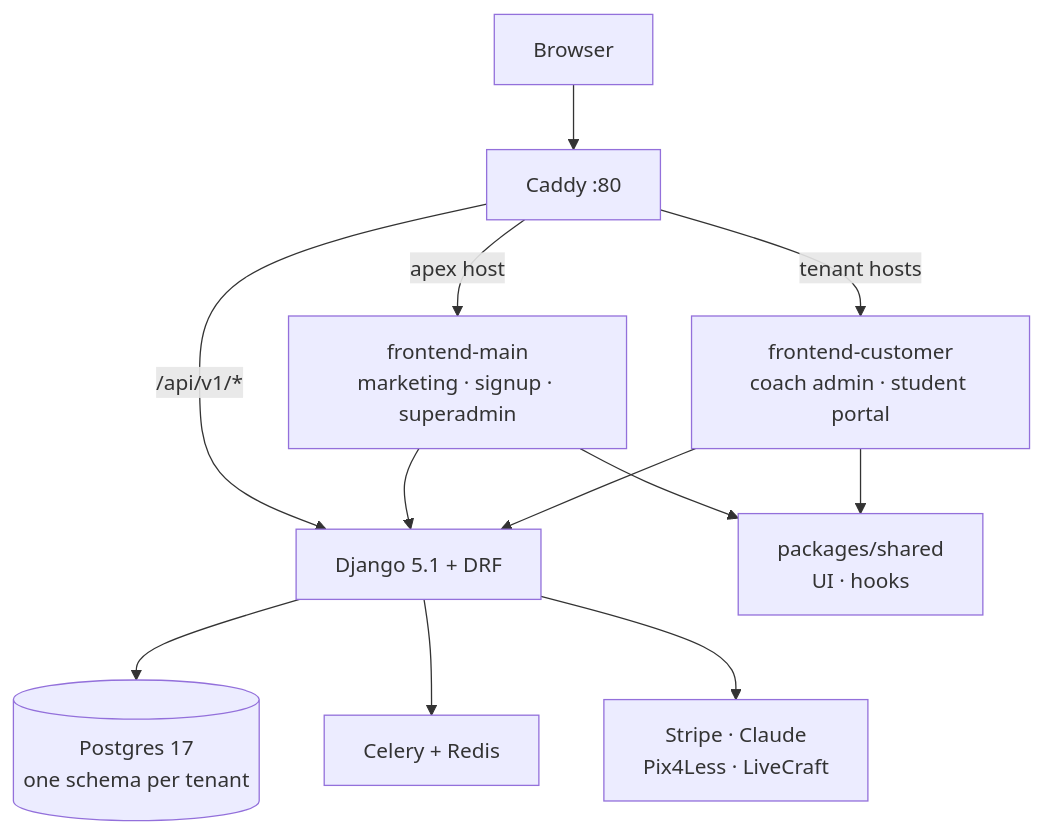
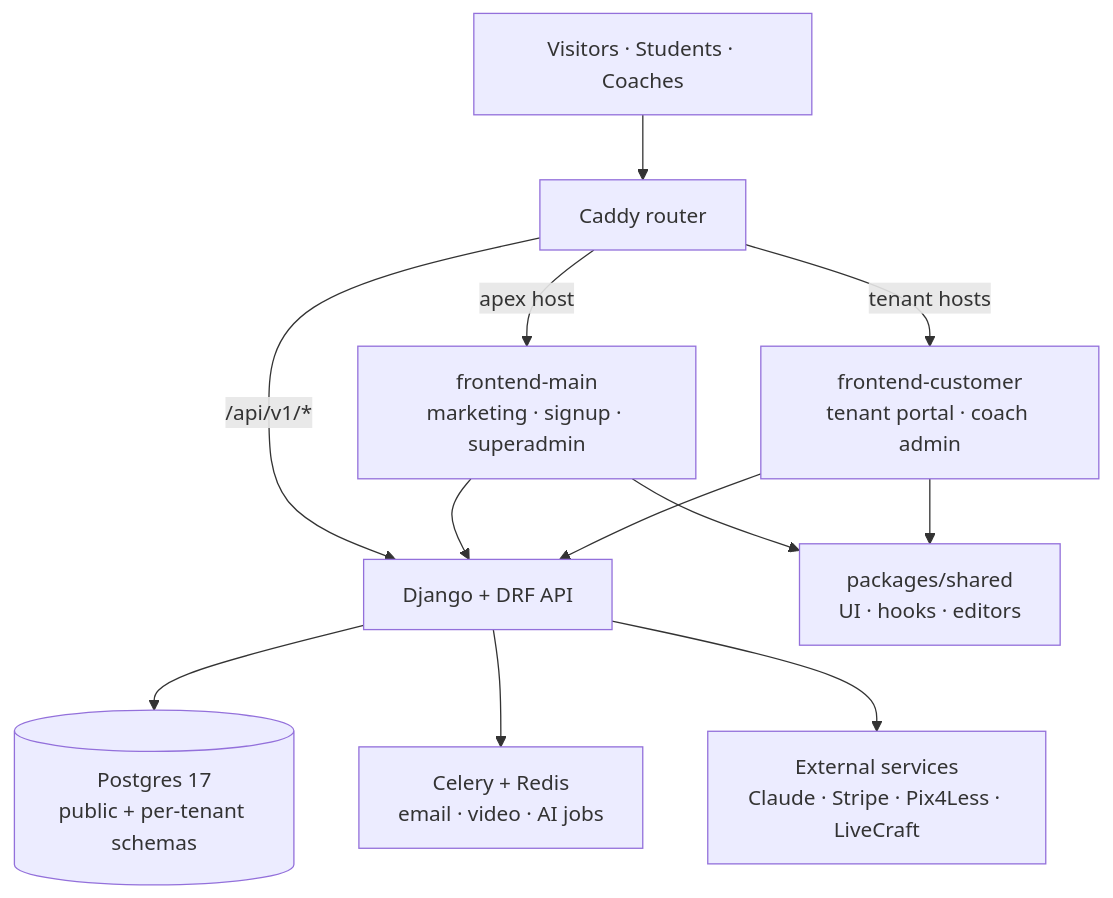
Before and after one commit to tahayusufkomur/contentor: the diagram in docs/wiki/overview.md, drawn with Mermaid. The commit also changed other lines of this file and 2 other files, not shown here.

````diff
--- a/docs/wiki/overview.md
+++ b/docs/wiki/overview.md
@@ -15,14 +14,14 @@
 ```mermaid
 graph TD
-    B["Browser"] --> C["Caddy :80"]
-    C -->|apex host| M["frontend-main<br/>marketing · signup · superadmin"]
-    C -->|tenant hosts| T["frontend-customer<br/>coach admin · student portal"]
-    C -->|/api/v1/*| D["Django 5.1 + DRF"]
-    M --> S["packages/shared<br/>UI · hooks"]
-    T --> S
-    M --> D
-    T --> D
-    D --> P[("Postgres 17<br/>one schema per tenant")]
-    D --> W["Celery + Redis"]
-    D --> X["Stripe · Claude<br/>Pix4Less · LiveCraft"]
+    U[Visitors · Students · Coaches] --> CADDY[Caddy router]
+    CADDY -->|apex host| FM[frontend-main<br/>marketing · signup · superadmin]
+    CADDY -->|tenant hosts| FC[frontend-customer<br/>tenant portal · coach admin]
+    CADDY -->|/api/v1/*| DJ[Django + DRF API]
+    FM --> SH[packages/shared<br/>UI · hooks · editors]
+    FC --> SH
+    FM --> DJ
+    FC --> DJ
+    DJ --> PG[(Postgres 17<br/>public + per-tenant schemas)]
+    DJ --> CEL[Celery + Redis<br/>email · video · AI jobs]
+    DJ --> EXT[External services<br/>Claude · Stripe · Pix4Less · LiveCraft]
 ```
````
